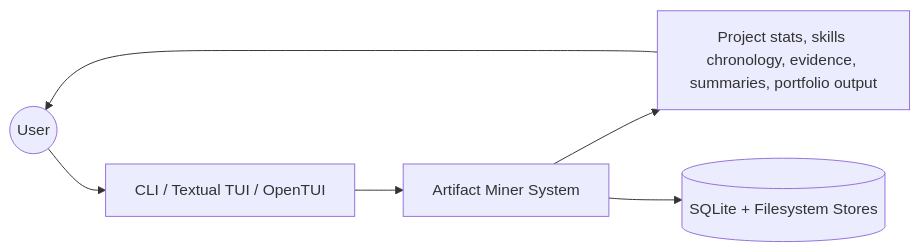
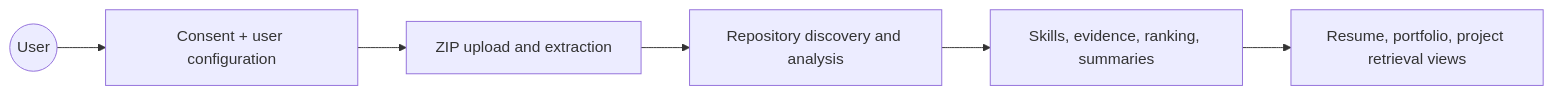
The second of 2 diagrams in README.md (COSC-499-W2025/capstone-project-team-1), drawn with Mermaid before and after one commit. The commit also changed other lines of this file and 3 other files, not shown here.

````diff
--- a/README.md
+++ b/README.md
@@ -77,8 +73,8 @@
 ```mermaid
 flowchart LR
-    User(("User")) --> Interfaces["CLI / Textual TUI / OpenTUI"]
-    Interfaces --> System["Artifact Miner System"]
-    System --> Outputs["Project stats, skills chronology, evidence, summaries, portfolio output"]
-    Outputs --> User
-    System --> DB[("SQLite + Filesystem Stores")]
+    User(("User")) --> Consent["Consent + user configuration"]
+    Consent --> Upload["ZIP upload and extraction"]
+    Upload --> Discovery["Repository discovery and analysis"]
+    Discovery --> Evidence["Skills, evidence, ranking, summaries"]
+    Evidence --> Outputs["Resume, portfolio, project retrieval views"]
 ```
````
